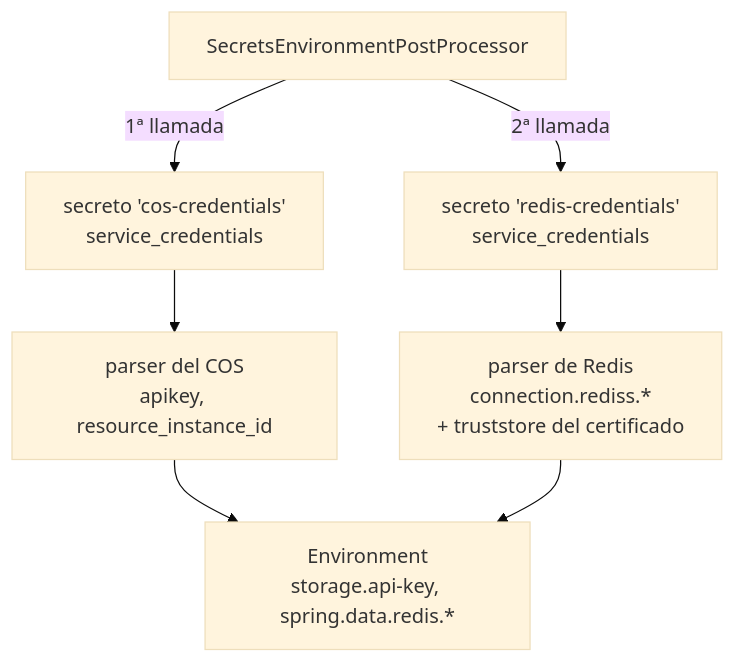
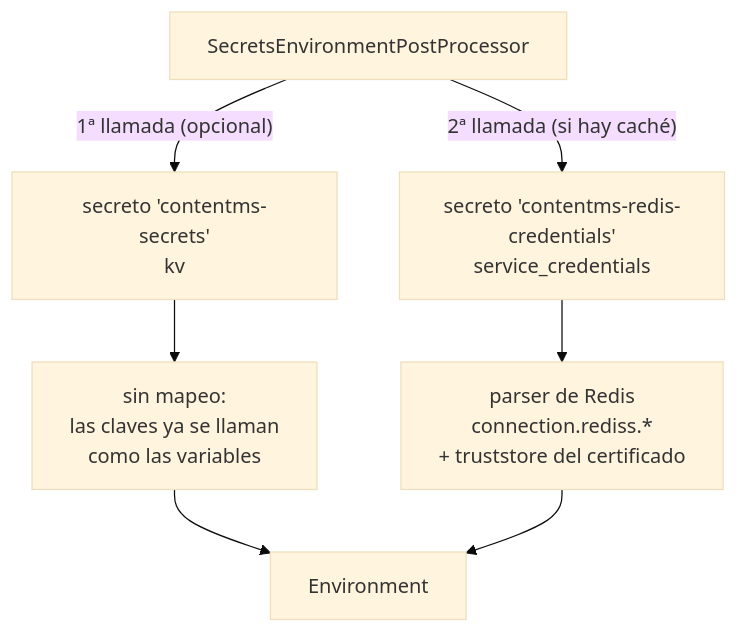
Before and after one commit to asuridev/bucket-assets: diagram 11 of 11 in credenciales-ibm-cloud.md, drawn with Mermaid (base theme). The commit also changed other lines of this file and 8 other files, not shown here.

Commit message:
feat: Update secrets management to support optional kv secret for services using only service credentials

````diff
--- a/credenciales-ibm-cloud.md
+++ b/credenciales-ibm-cloud.md
@@ -748,10 +752,10 @@
 ```mermaid
 flowchart TD
     EPP["SecretsEnvironmentPostProcessor"]
-    EPP -->|"1ª llamada"| S1["secreto 'cos-credentials'<br/>service_credentials"]
-    EPP -->|"2ª llamada"| S2["secreto 'redis-credentials'<br/>service_credentials"]
-    S1 --> P1["parser del COS<br/>apikey, resource_instance_id"]
+    EPP -->|"1ª llamada (opcional)"| S1["secreto 'contentms-secrets'<br/>kv"]
+    EPP -->|"2ª llamada (si hay caché)"| S2["secreto 'contentms-redis-credentials'<br/>service_credentials"]
+    S1 --> P1["sin mapeo:<br/>las claves ya se llaman<br/>como las variables"]
     S2 --> P2["parser de Redis<br/>connection.rediss.*<br/>+ truststore del certificado"]
-    P1 --> ENV["Environment<br/>storage.api-key, spring.data.redis.*"]
+    P1 --> ENV["Environment"]
     P2 --> ENV
 ```
````
